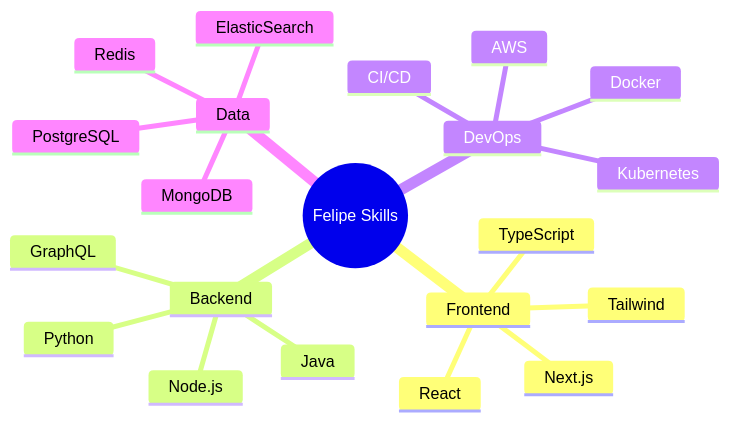
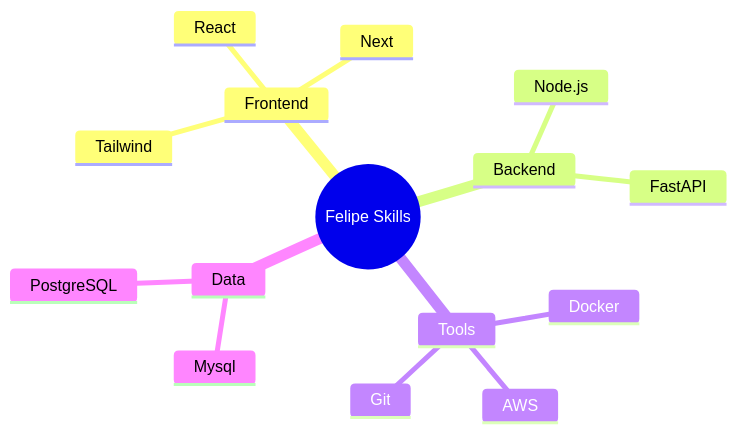
The diagram in README.md (FehFernandes/FehFernandes), drawn with Mermaid before and after one commit. The commit also changed other lines of this file, not shown here.

````diff
--- a/README.md
+++ b/README.md
@@ -79,24 +74,21 @@
 ```mermaid
 mindmap
   root((Felipe Skills))
     Frontend
       React
-      Next.js
-      TypeScript
+      Next
       Tailwind
     Backend
       Node.js
-      Python
-      Java
-      GraphQL
-    DevOps
+      FastAPI
+      
+    Tools
       AWS
       Docker
-      Kubernetes
-      CI/CD
+      Git
+
     Data
+      Mysql
       PostgreSQL
-      MongoDB
-      Redis
-      ElasticSearch
+
 ```
````
